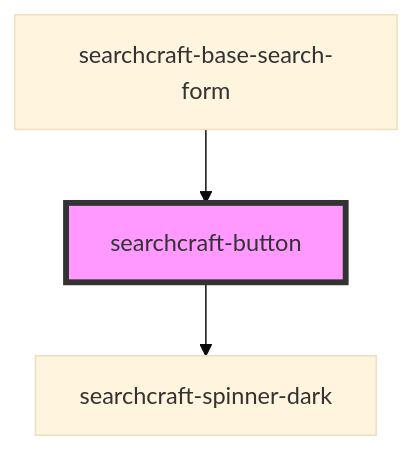
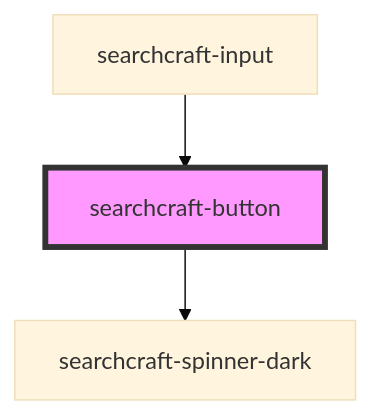
Before and after one commit to searchcraft-inc/searchcraft-javascript-sdks: the diagram in packages/javascript-sdk/src/components/searchcraft-button/readme.md, drawn with Mermaid (base theme). The commit also changed other lines of this file and 24 other files, not shown here.

Commit message:
Refactors searchcraft-input to prep for popover component re:SC-554

````diff
--- a/packages/javascript-sdk/src/components/searchcraft-button/readme.md
+++ b/packages/javascript-sdk/src/components/searchcraft-button/readme.md
@@ -36,6 +36,6 @@
 ```mermaid
 graph TD;
   searchcraft-button --> searchcraft-spinner-dark
-  searchcraft-base-search-form --> searchcraft-button
+  searchcraft-input --> searchcraft-button
   style searchcraft-button fill:#f9f,stroke:#333,stroke-width:4px
 ```
````
